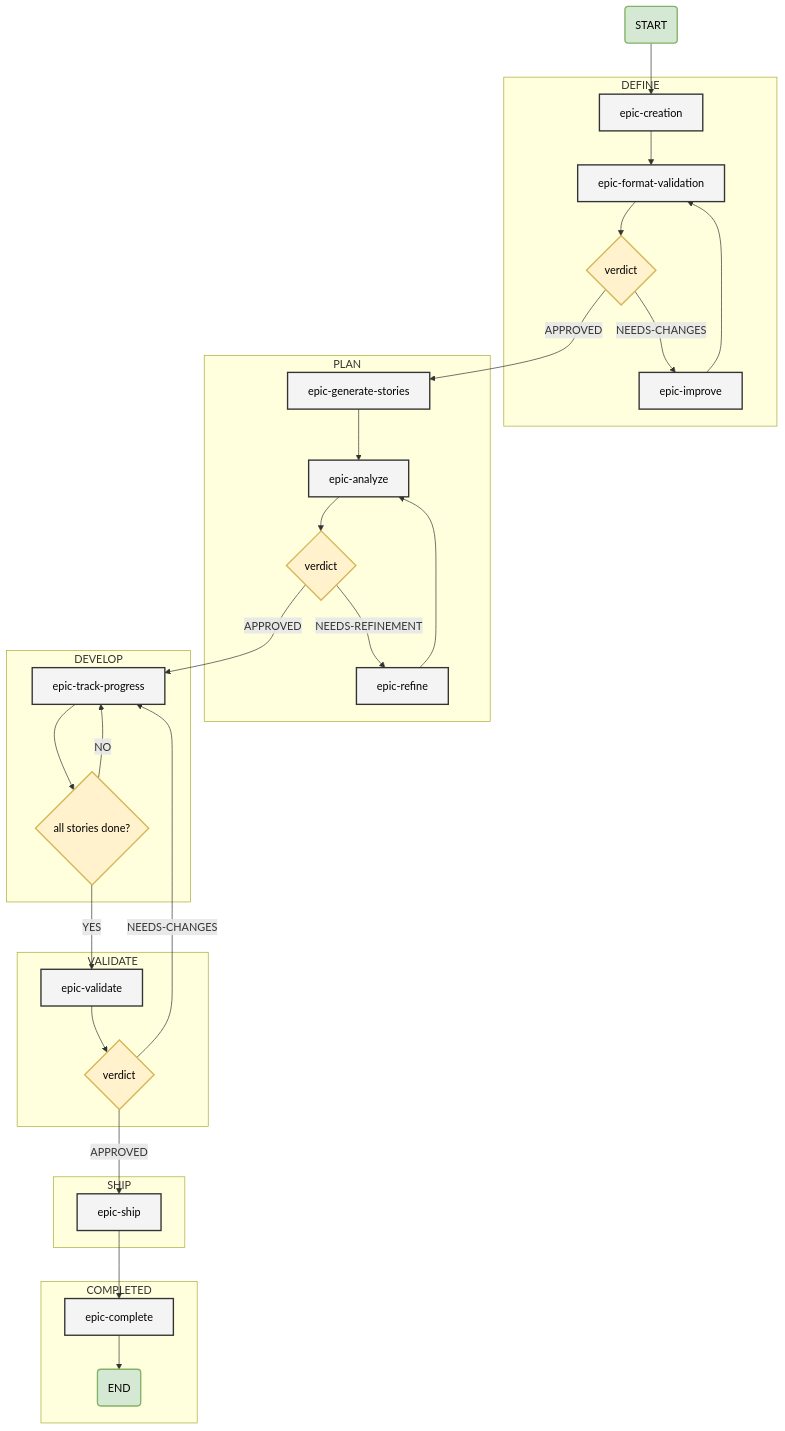
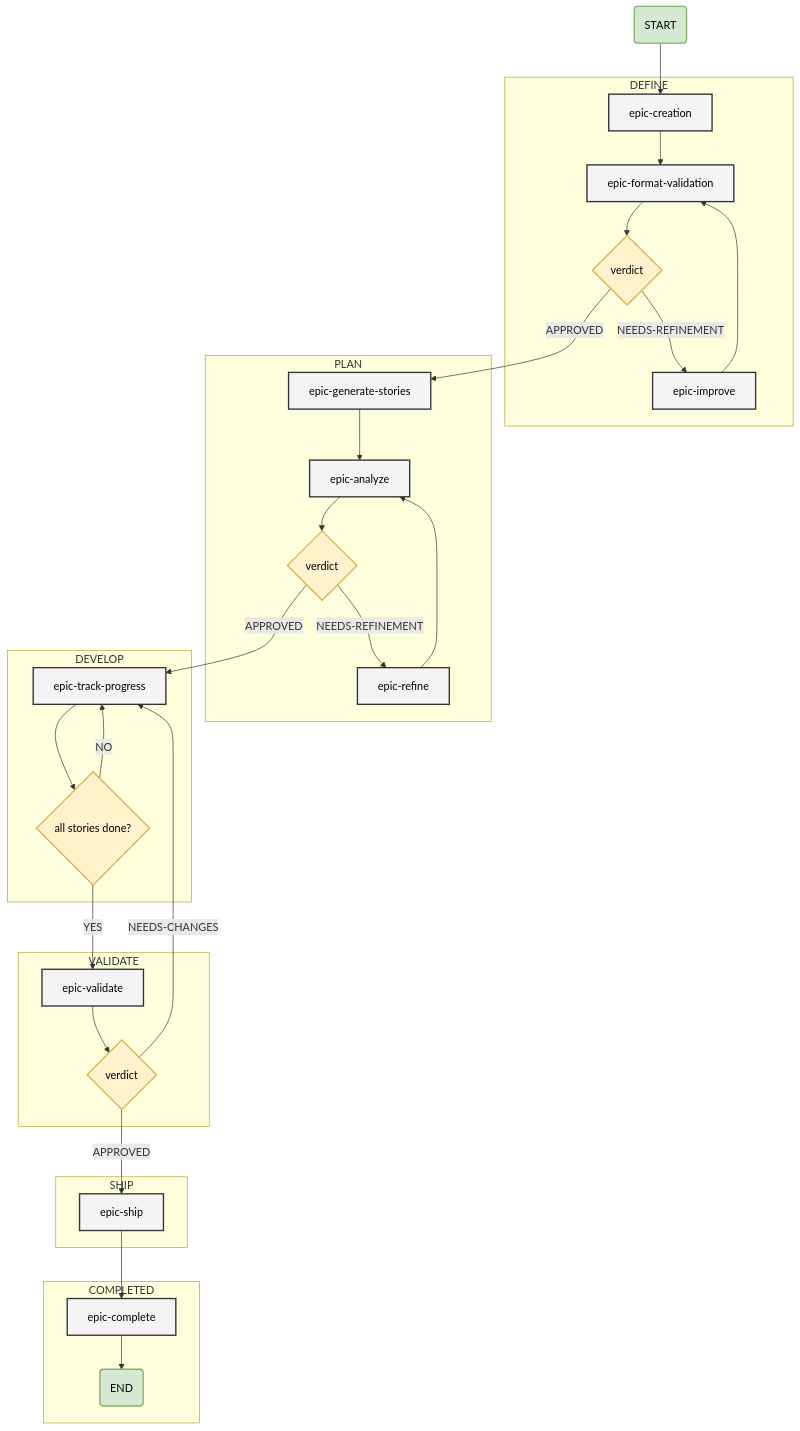
One commit to dariopalminio/agile-sddf changed the diagram in docs/architecture/diagrams/flowchart-skill-epic-flow-relationship.mermaid. Above: the diagram before and after it, drawn with Mermaid. The commit also changed 20 other files, not shown here.

```diff
--- a/docs/architecture/diagrams/flowchart-skill-epic-flow-relationship.mermaid
+++ b/docs/architecture/diagrams/flowchart-skill-epic-flow-relationship.mermaid
@@ -1,75 +1,75 @@
 flowchart TD
     START(START):::startend
 
     %% FASE: DEFINE
     subgraph DEFINE [DEFINE]
         epic-creation[epic-creation]:::skill
         epic-format-validation[epic-format-validation]:::skill
         epic-improve[epic-improve]:::skill
         dec_def{verdict}:::decision
 
         epic-creation --> epic-format-validation
         epic-format-validation --> dec_def
         
         %% Bucle de retroalimentación (Feedback Loop)
-        dec_def -->|NEEDS-CHANGES| epic-improve
+        dec_def -->|NEEDS-REFINEMENT| epic-improve
         epic-improve --> epic-format-validation
     end
 
     %% FASE: PLAN
     subgraph PLAN [PLAN]
         epic-generate-stories[epic-generate-stories]:::skill
         epic-analyze[epic-analyze]:::skill
         epic-refine[epic-refine]:::skill
         dec_plan{verdict}:::decision
 
         epic-generate-stories --> epic-analyze
         epic-analyze --> dec_plan
         dec_plan -->|NEEDS-REFINEMENT| epic-refine
         epic-refine --> epic-analyze
     end
 
     %% FASE: DEVELOP
     subgraph DEVELOP [DEVELOP]
         epic-track-progress[epic-track-progress]:::skill
         dec_dev{all stories done?}:::decision
 
         epic-track-progress --> dec_dev
         dec_dev -->|NO| epic-track-progress
     end
 
     %% FASE: VALIDATE
     subgraph VALIDATE [VALIDATE]
         epic-validate[epic-validate]:::skill
         dec_val{verdict}:::decision
 
         epic-validate --> dec_val
         dec_val -->|NEEDS-CHANGES| epic-track-progress
     end
 
     %% FASE: SHIP
     subgraph SHIP [SHIP]
         epic-ship[epic-ship]:::skill
         
     end
 
     %% FASE: COMPLETED
     subgraph COMPLETED [COMPLETED]
         epic-complete[epic-complete]:::skill
         END(END):::startend
 
         epic-complete --> END
     end
 
     %% CONEXIONES ENTRE FASES
     START --> epic-creation
     dec_def -->|APPROVED| epic-generate-stories
     dec_plan -->|APPROVED| epic-track-progress
     dec_dev -->|YES| epic-validate
     dec_val -->|APPROVED| epic-ship
     epic-ship --> epic-complete
 
     %% ESTILOS
     classDef skill fill:#f4f4f4,stroke:#333,stroke-width:2px,color:#000
     classDef decision fill:#fff2cc,stroke:#d6b656,stroke-width:2px,color:#000
     classDef startend fill:#d5e8d4,stroke:#82b366,stroke-width:2px,color:#000
```
